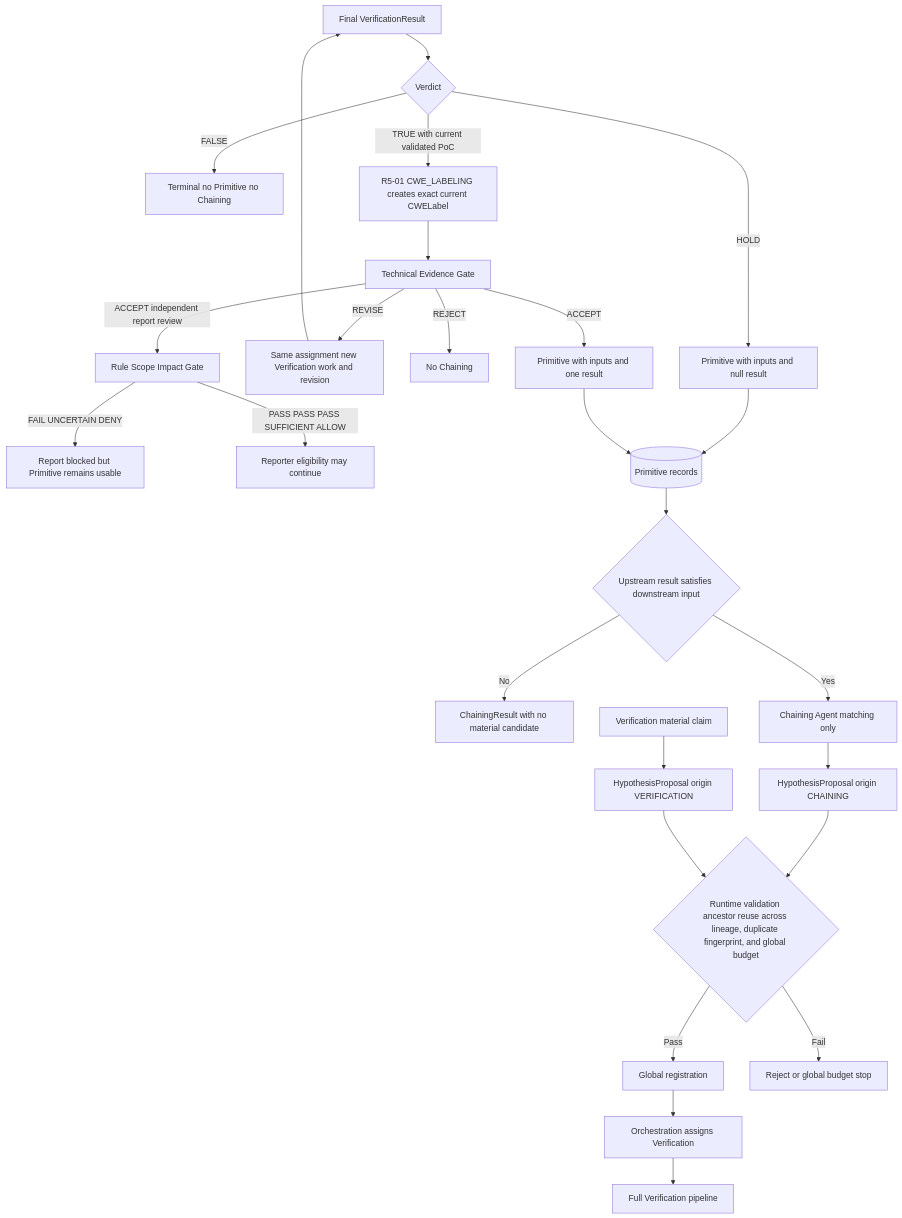
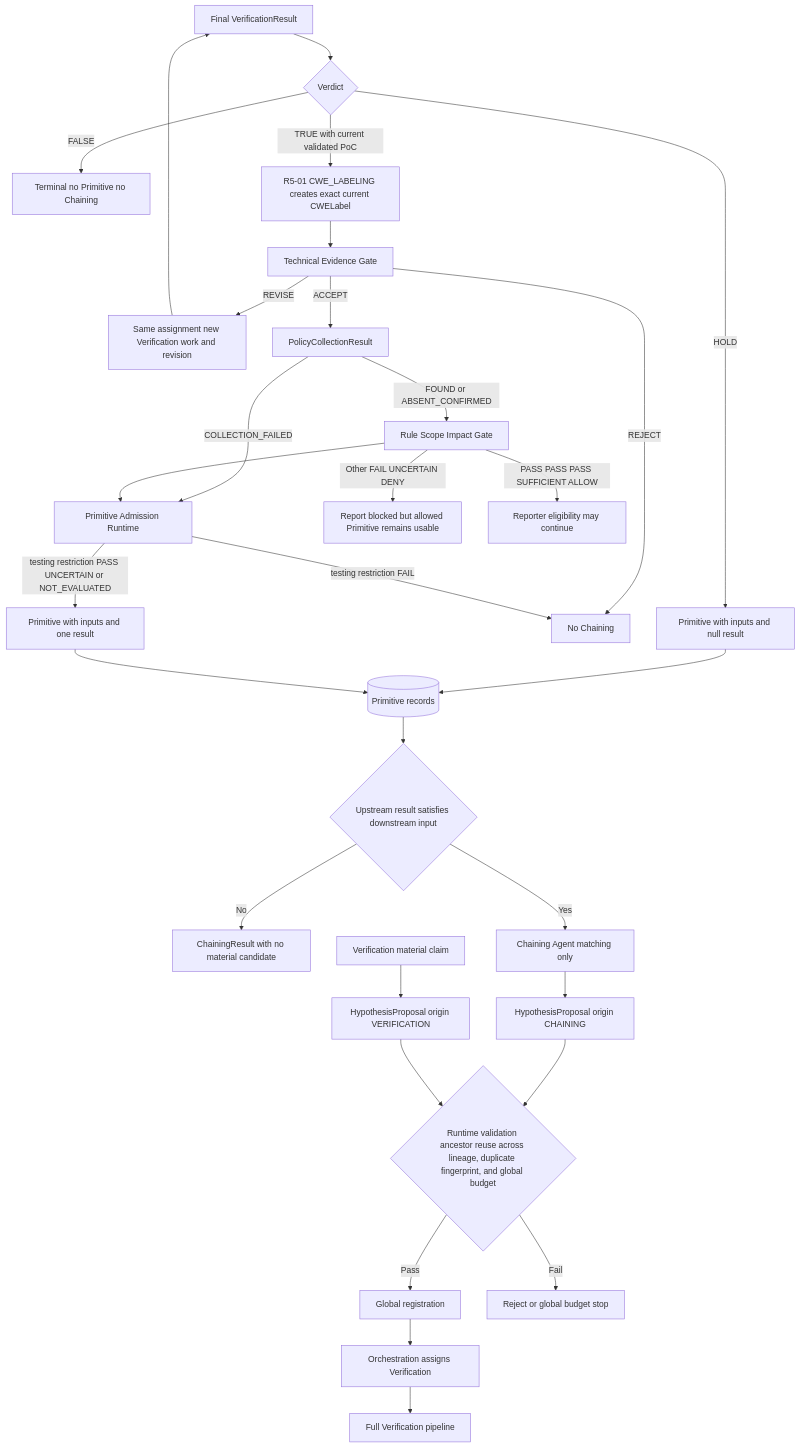
One commit to SASTsimi/sastsimi changed the fifth of 13 diagrams in docs/architecture-v5/13-architecture-diagrams.md. Above: the diagram before and after it, drawn with Mermaid. The commit also changed other lines of this file and 27 other files, not shown here.

Commit message:
docs: define prohibited-testing primitive admission contract

````diff
--- a/docs/architecture-v5/13-architecture-diagrams.md
+++ b/docs/architecture-v5/13-architecture-diagrams.md
@@ -211,28 +213,32 @@
 ```mermaid
 flowchart TB
     VR[Final VerificationResult] --> KIND{Verdict}
     KIND -->|FALSE| CLOSED[Terminal no Primitive no Chaining]
     KIND -->|HOLD| REQUIRED[Primitive with inputs and null result]
     KIND -->|TRUE with current validated PoC| CWE[R5-01 CWE_LABELING creates exact current CWELabel]
     CWE --> TECH[Technical Evidence Gate]
     TECH -->|REVISE| SAME[Same assignment new Verification work and revision]
     SAME --> VR
     TECH -->|REJECT| NOCHAIN[No Chaining]
-    TECH -->|ACCEPT| PROVIDED[Primitive with inputs and one result]
-    TECH -->|ACCEPT independent report review| RULE[Rule Scope Impact Gate]
-    RULE -->|FAIL UNCERTAIN DENY| REPORTBLOCK[Report blocked but Primitive remains usable]
+    TECH -->|ACCEPT| COLLECT[PolicyCollectionResult]
+    COLLECT -->|FOUND or ABSENT_CONFIRMED| RULE[Rule Scope Impact Gate]
+    COLLECT -->|COLLECTION_FAILED| ADMIT[Primitive Admission Runtime]
+    RULE --> ADMIT
+    ADMIT -->|testing restriction PASS UNCERTAIN or NOT_EVALUATED| PROVIDED[Primitive with inputs and one result]
+    ADMIT -->|testing restriction FAIL| NOCHAIN
+    RULE -->|Other FAIL UNCERTAIN DENY| REPORTBLOCK[Report blocked but allowed Primitive remains usable]
     RULE -->|PASS PASS PASS SUFFICIENT ALLOW| REPORTOK[Reporter eligibility may continue]
     REQUIRED --> PDB[(Primitive records)]
     PROVIDED --> PDB
     PDB --> MATCH{Upstream result satisfies downstream input}
     MATCH -->|No| RECORD[ChainingResult with no material candidate]
     MATCH -->|Yes| CHAIN[Chaining Agent matching only]
     CHAIN --> NEW[HypothesisProposal origin CHAINING]
     NEW --> LIMIT{Runtime validation ancestor reuse across lineage, duplicate fingerprint, and global budget}
     LIMIT -->|Pass| REGISTER[Global registration]
     LIMIT -->|Fail| STOP[Reject or global budget stop]
     REGISTER --> ORCH[Orchestration assigns Verification]
     ORCH --> VERIFY[Full Verification pipeline]
     VMAT[Verification material claim] --> VNEW[HypothesisProposal origin VERIFICATION]
     VNEW --> LIMIT
 ```
````
